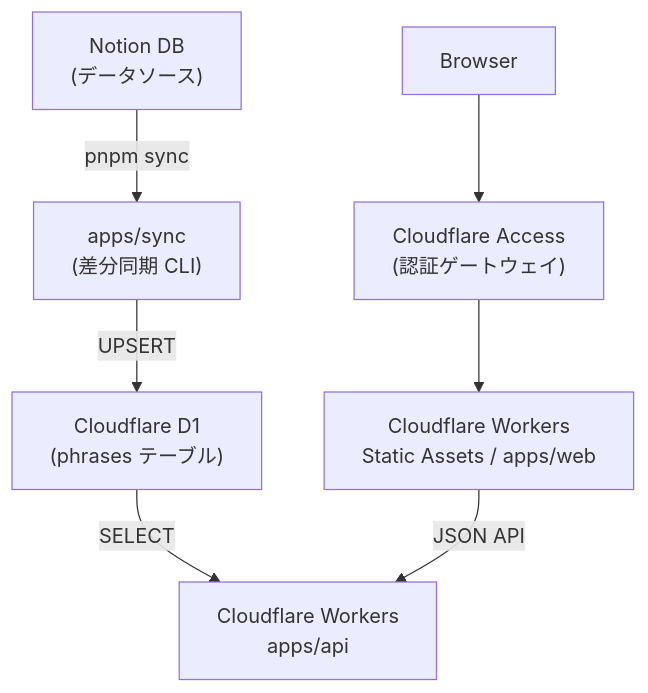
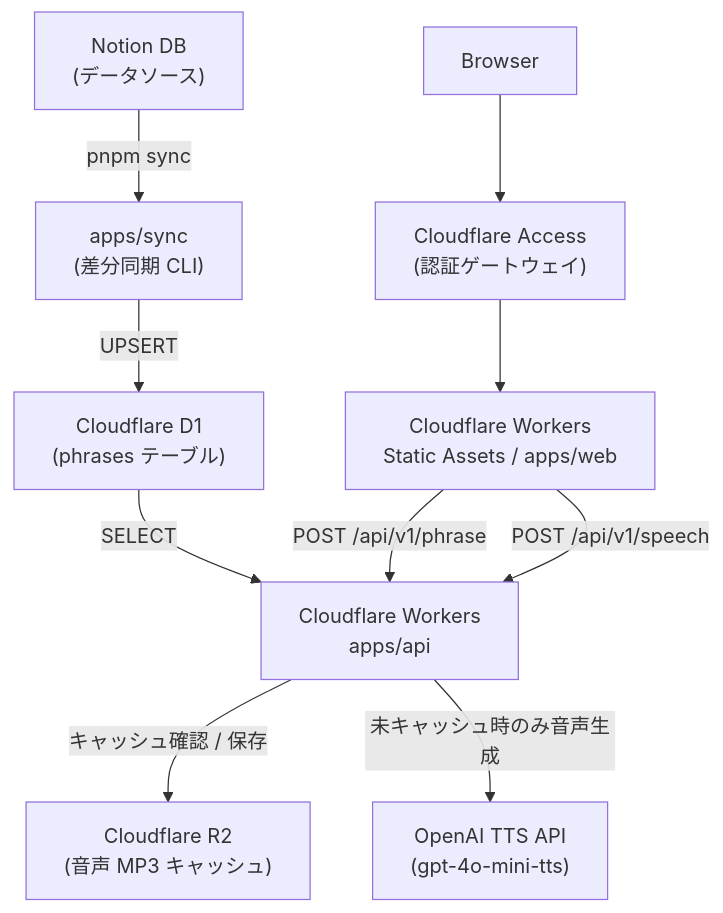
The diagram in README.md (ANTON072/english-phrase), drawn with Mermaid before and after one commit. The commit also changed other lines of this file and 2 other files, not shown here.

Commit message:
docs: README を更新し、音声生成 API とキャッシュ機能の詳細を追加

````diff
--- a/README.md
+++ b/README.md
@@ -9,17 +9,22 @@
 ```mermaid
 flowchart TD
     Notion["Notion DB<br/>(データソース)"]
     Sync["apps/sync<br/>(差分同期 CLI)"]
     D1["Cloudflare D1<br/>(phrases テーブル)"]
     API["Cloudflare Workers<br/>apps/api"]
     Access["Cloudflare Access<br/>(認証ゲートウェイ)"]
     Web["Cloudflare Workers<br/>Static Assets / apps/web"]
     Browser["Browser"]
+    OpenAI["OpenAI TTS API<br/>(gpt-4o-mini-tts)"]
+    R2["Cloudflare R2<br/>(音声 MP3 キャッシュ)"]
 
     Notion -->|pnpm sync| Sync
     Sync -->|UPSERT| D1
     D1 -->|SELECT| API
     Browser --> Access
     Access --> Web
-    Web -->|JSON API| API
+    Web -->|POST /api/v1/phrase| API
+    Web -->|POST /api/v1/speech| API
+    API -->|キャッシュ確認 / 保存| R2
+    API -->|未キャッシュ時のみ音声生成| OpenAI
 ```
````
